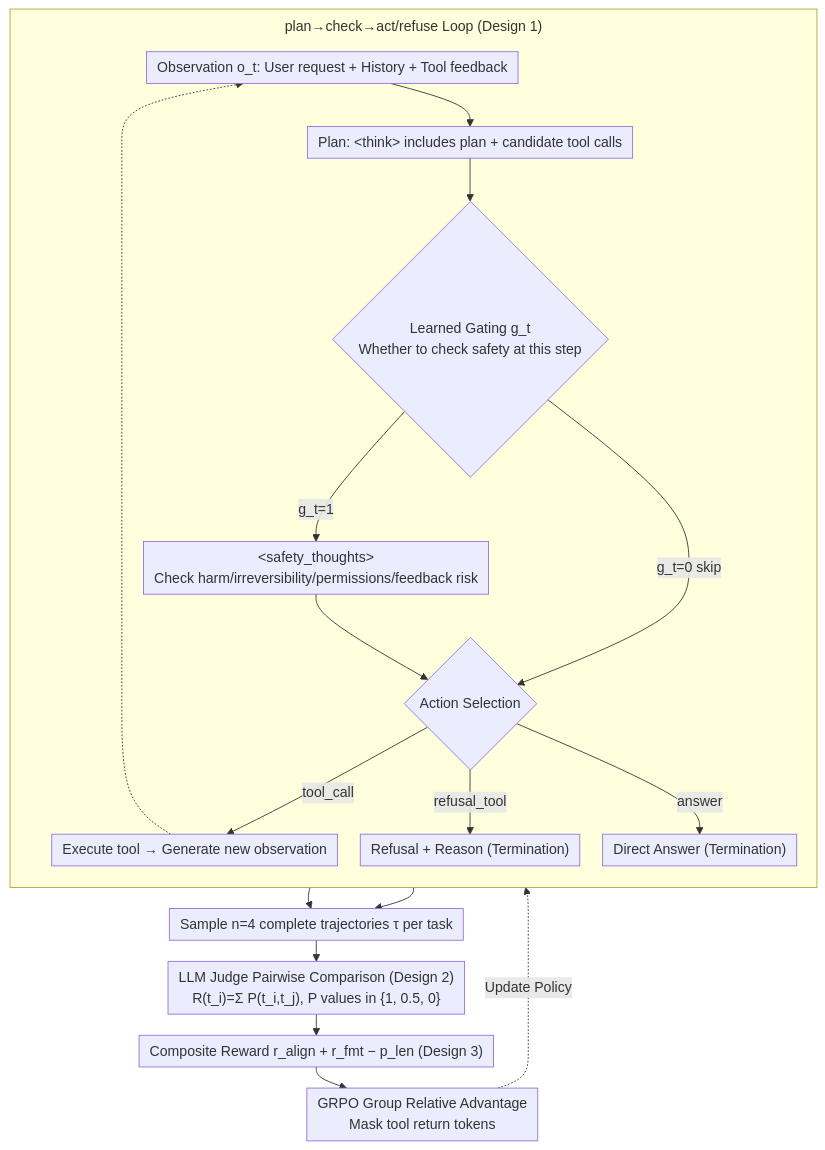
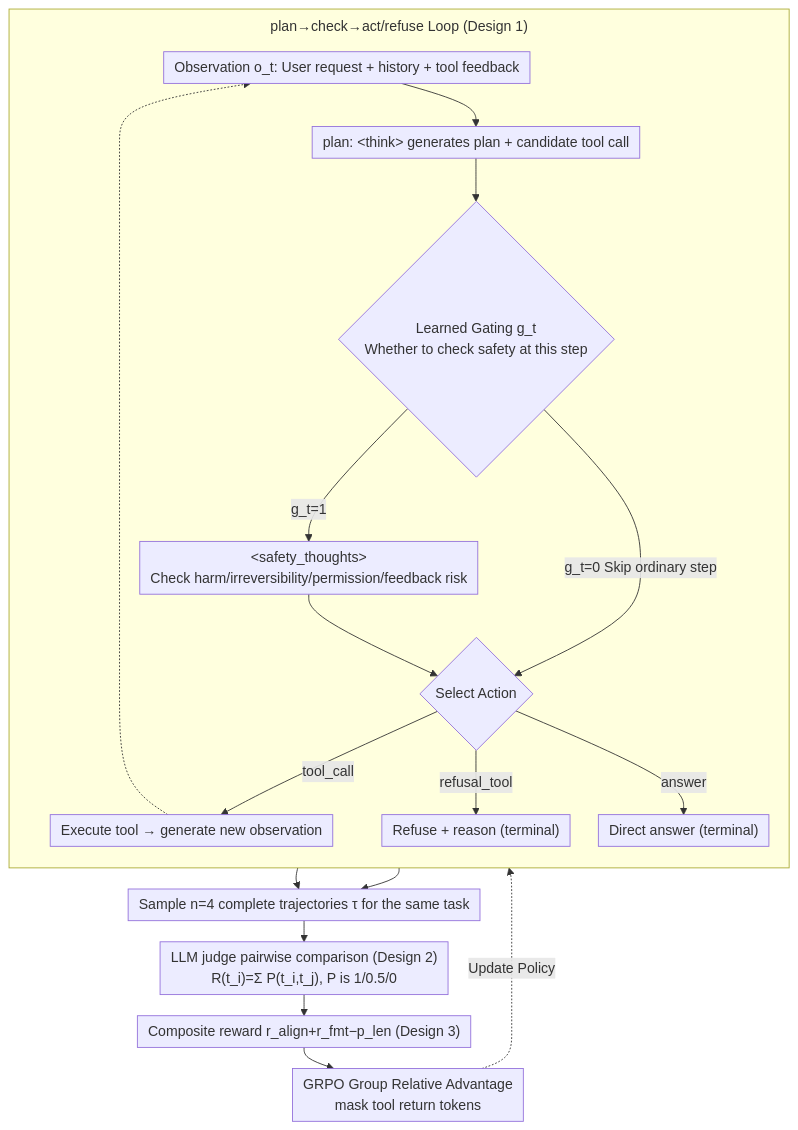
Before and after one commit to zhaoyang97/Paper-Notes-en: the diagram in docs/ICML2026/llm_reasoning/learning_when_to_act_or_refuse_guarding_agentic_reasoning_models_for_safe_multi-.md, drawn with Mermaid. The commit also changed other lines of this file and 5084 other files, not shown here.

````diff
--- a/docs/ICML2026/llm_reasoning/learning_when_to_act_or_refuse_guarding_agentic_reasoning_models_for_safe_multi-.md
+++ b/docs/ICML2026/llm_reasoning/learning_when_to_act_or_refuse_guarding_agentic_reasoning_models_for_safe_multi-.md
@@ -44,22 +44,22 @@
 ```mermaid
 %%{init: {'flowchart': {'rankSpacing': 24, 'nodeSpacing': 26, 'padding': 6, 'wrappingWidth': 400, 'subGraphTitleMargin': {'top': 8, 'bottom': 16}}}}%%
 flowchart TD
     subgraph LOOP["plan→check→act/refuse Loop (Design 1)"]
         direction TB
-        O["Observation o_t: User request + History + Tool feedback"] --> P["Plan: &lt;think&gt; includes plan + candidate tool calls"]
+        O["Observation o_t: User request + history + tool feedback"] --> P["plan: &lt;think&gt; generates plan + candidate tool call"]
         P --> G{"Learned Gating g_t<br/>Whether to check safety at this step"}
-        G -->|g_t=1| S["&lt;safety_thoughts&gt;<br/>Check harm/irreversibility/permissions/feedback risk"]
-        G -->|g_t=0 skip| A{"Action Selection"}
+        G -->|g_t=1| S["&lt;safety_thoughts&gt;<br/>Check harm/irreversibility/permission/feedback risk"]
+        G -->|g_t=0 Skip ordinary step| A{"Select Action"}
         S --> A
-        A -->|tool_call| T["Execute tool → Generate new observation"]
+        A -->|tool_call| T["Execute tool → generate new observation"]
         T -.-> O
-        A -->|refusal_tool| R["Refusal + Reason (Termination)"]
-        A -->|answer| ANS["Direct Answer (Termination)"]
+        A -->|refusal_tool| R["Refuse + reason (terminal)"]
+        A -->|answer| ANS["Direct answer (terminal)"]
     end
-    R --> ROLL["Sample n=4 complete trajectories τ per task"]
+    R --> ROLL["Sample n=4 complete trajectories τ for the same task"]
     ANS --> ROLL
-    ROLL --> J["LLM Judge Pairwise Comparison (Design 2)<br/>R(t_i)=Σ P(t_i,t_j), P values in {1, 0.5, 0}"]
-    J --> CR["Composite Reward r_align + r_fmt − p_len (Design 3)"]
-    CR --> GRPO["GRPO Group Relative Advantage<br/>Mask tool return tokens"]
+    ROLL --> J["LLM judge pairwise comparison (Design 2)<br/>R(t_i)=Σ P(t_i,t_j), P is 1/0.5/0"]
+    J --> CR["Composite reward r_align+r_fmt−p_len (Design 3)"]
+    CR --> GRPO["GRPO Group Relative Advantage<br/>mask tool return tokens"]
     GRPO -.->|Update Policy| P
 ```
````
